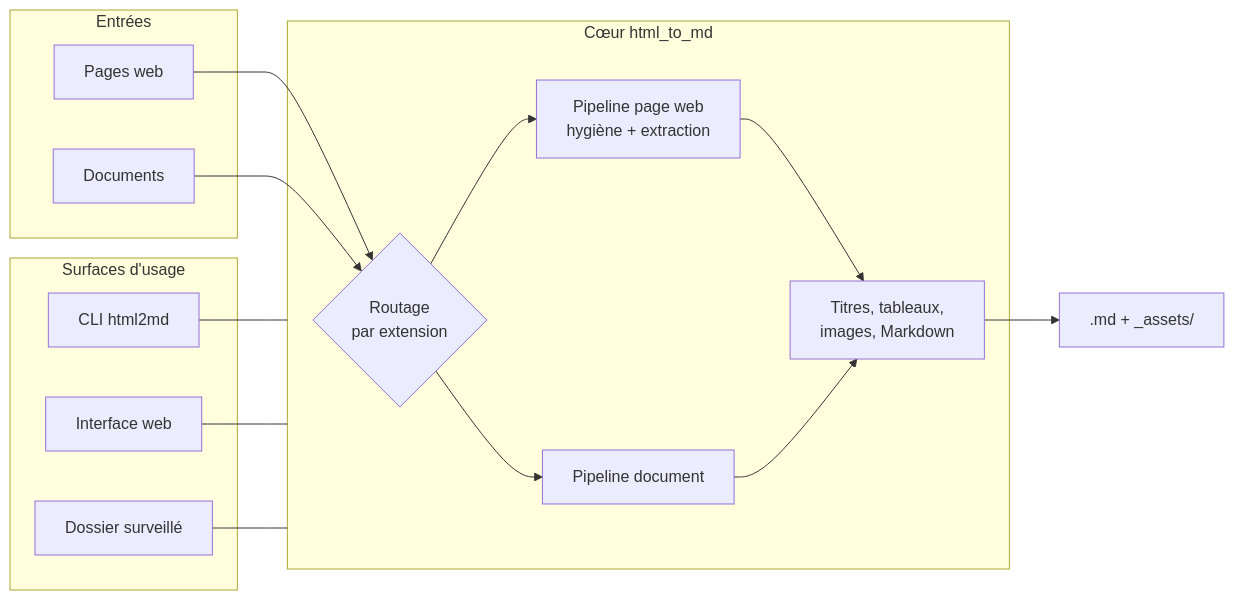
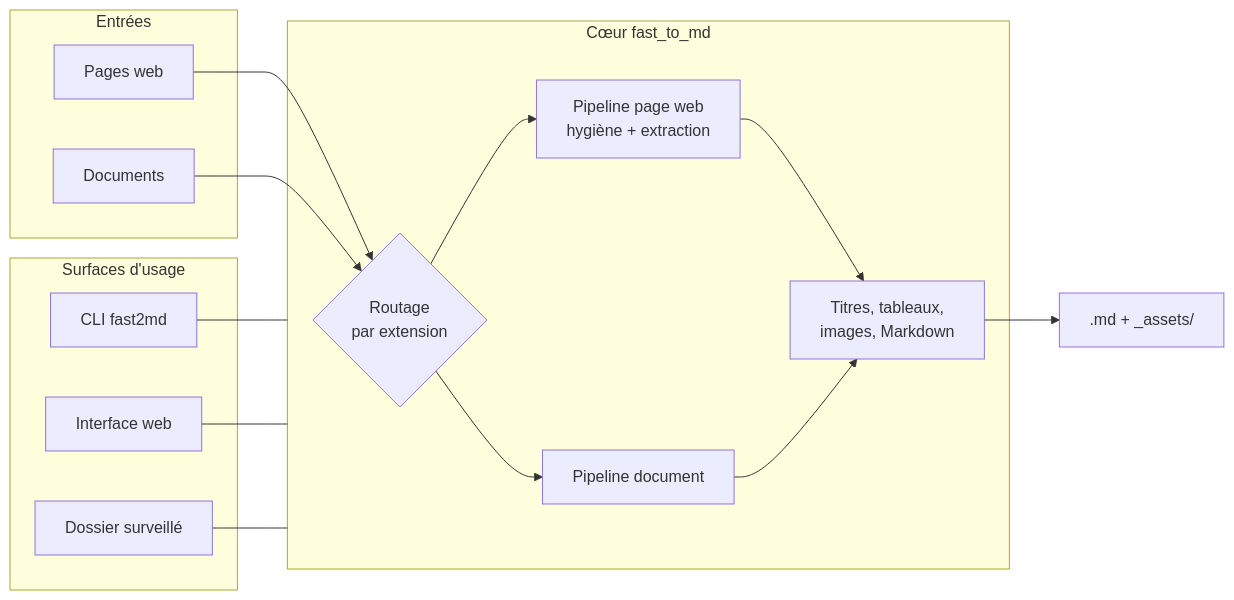
The diagram in README.md (floSa/html_to_md), drawn with Mermaid before and after one commit. The commit also changed other lines of this file and 39 other files, not shown here.

First line of the commit message:
refactor: renommer html_to_md en fast_to_md

````diff
--- a/README.md
+++ b/README.md
@@ -30,26 +30,26 @@
 ```mermaid
 flowchart LR
   subgraph Entrees["Entrées"]
     web[Pages web]
     doc[Documents]
   end
-  subgraph Coeur["Cœur html_to_md"]
+  subgraph Coeur["Cœur fast_to_md"]
     route{Routage<br/>par extension}
     pweb[Pipeline page web<br/>hygiène + extraction]
     pdoc[Pipeline document]
     fin[Titres, tableaux,<br/>images, Markdown]
   end
   subgraph Surfaces["Surfaces d'usage"]
-    cli[CLI html2md]
+    cli[CLI fast2md]
     ui[Interface web]
     watch[Dossier surveillé]
   end
   web --> route
   doc --> route
   route --> pweb --> fin
   route --> pdoc --> fin
   fin --> out[".md + _assets/"]
   cli --- Coeur
   ui --- Coeur
   watch --- Coeur
 ```
````
